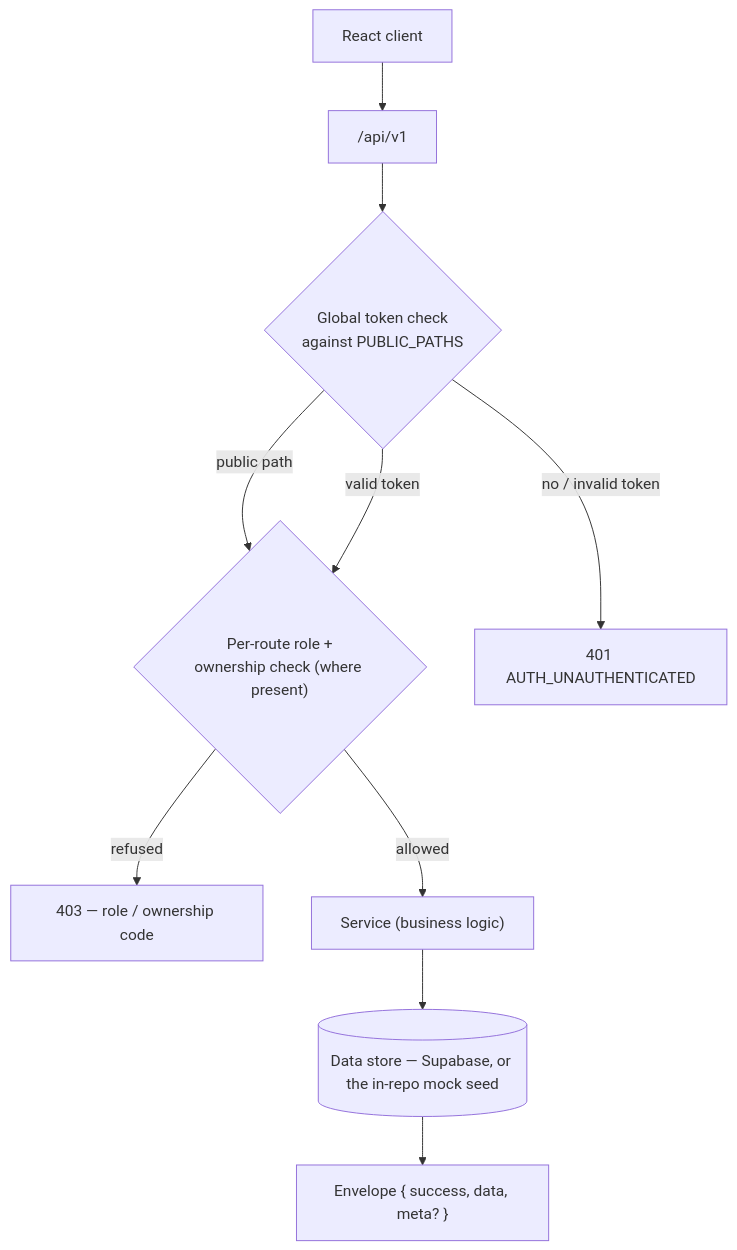
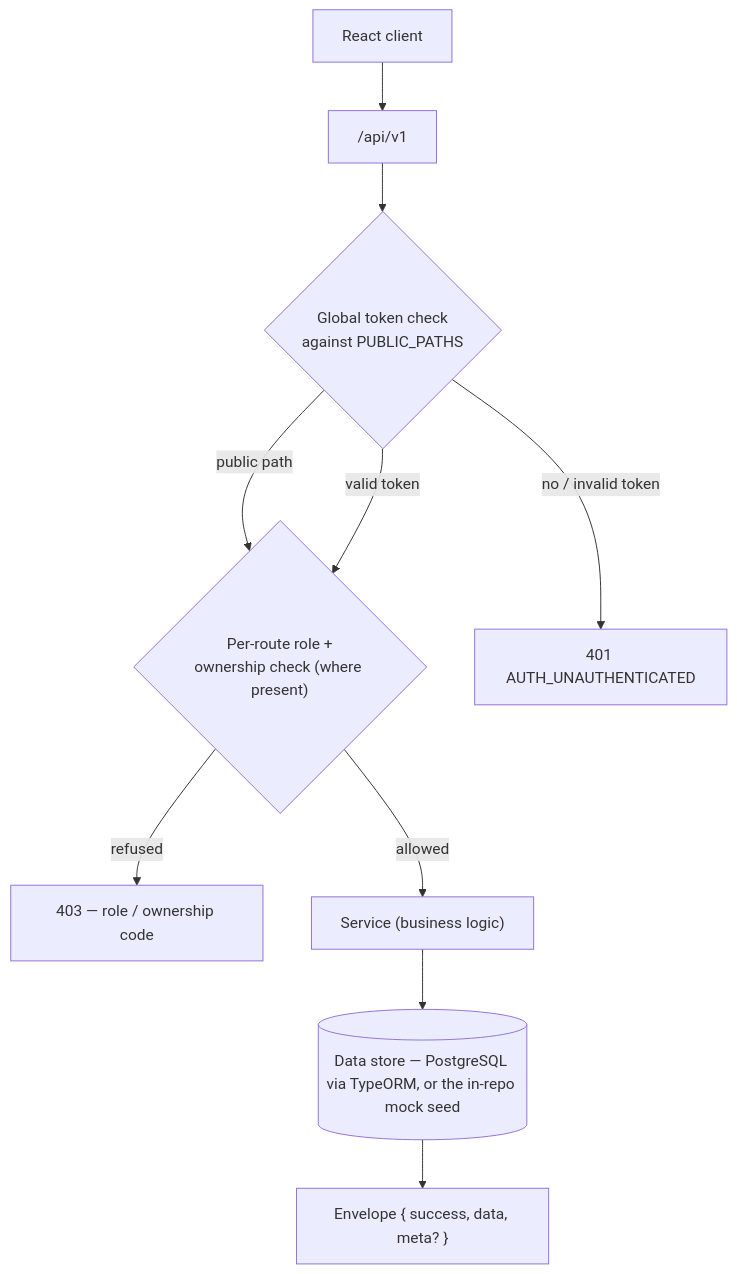
The diagram in docs/backend/Architecture.md (rahmat058/school-flow-ai), drawn with Mermaid before and after one commit. The commit also changed other lines of this file and 21 other files, not shown here.

````diff
--- a/docs/backend/Architecture.md
+++ b/docs/backend/Architecture.md
@@ -11,12 +11,12 @@
 ```mermaid
 flowchart TB
   client["React client"] --> api["/api/v1"]
   api --> token{"Global token check<br/>against PUBLIC_PATHS"}
   token -->|public path| role
   token -->|no / invalid token| unauth["401 AUTH_UNAUTHENTICATED"]
   token -->|valid token| role{"Per-route role +<br/>ownership check (where present)"}
   role -->|refused| forbidden["403 — role / ownership code"]
   role -->|allowed| service["Service (business logic)"]
-  service --> store[("Data store — Supabase, or the in-repo mock seed")]
+  service --> store[("Data store — PostgreSQL via TypeORM, or the in-repo mock seed")]
   store --> envelope["Envelope { success, data, meta? }"]
 ```
````
